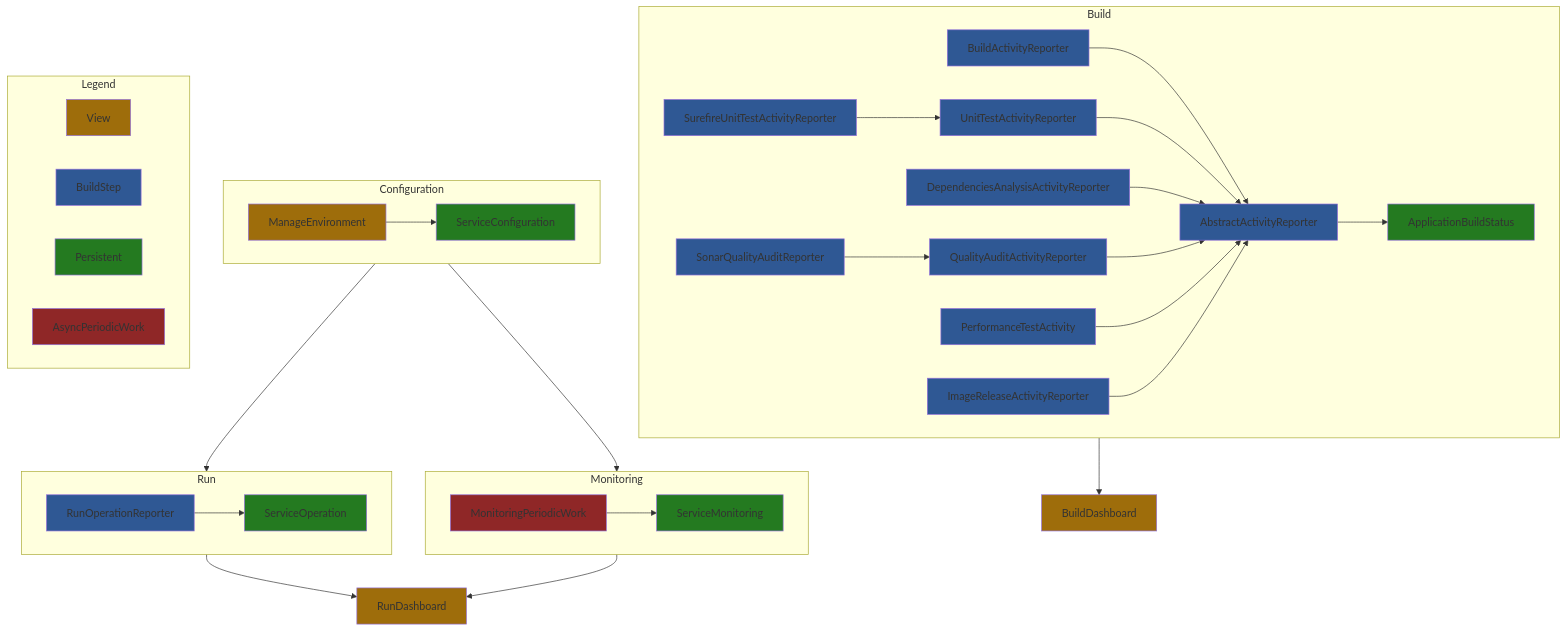
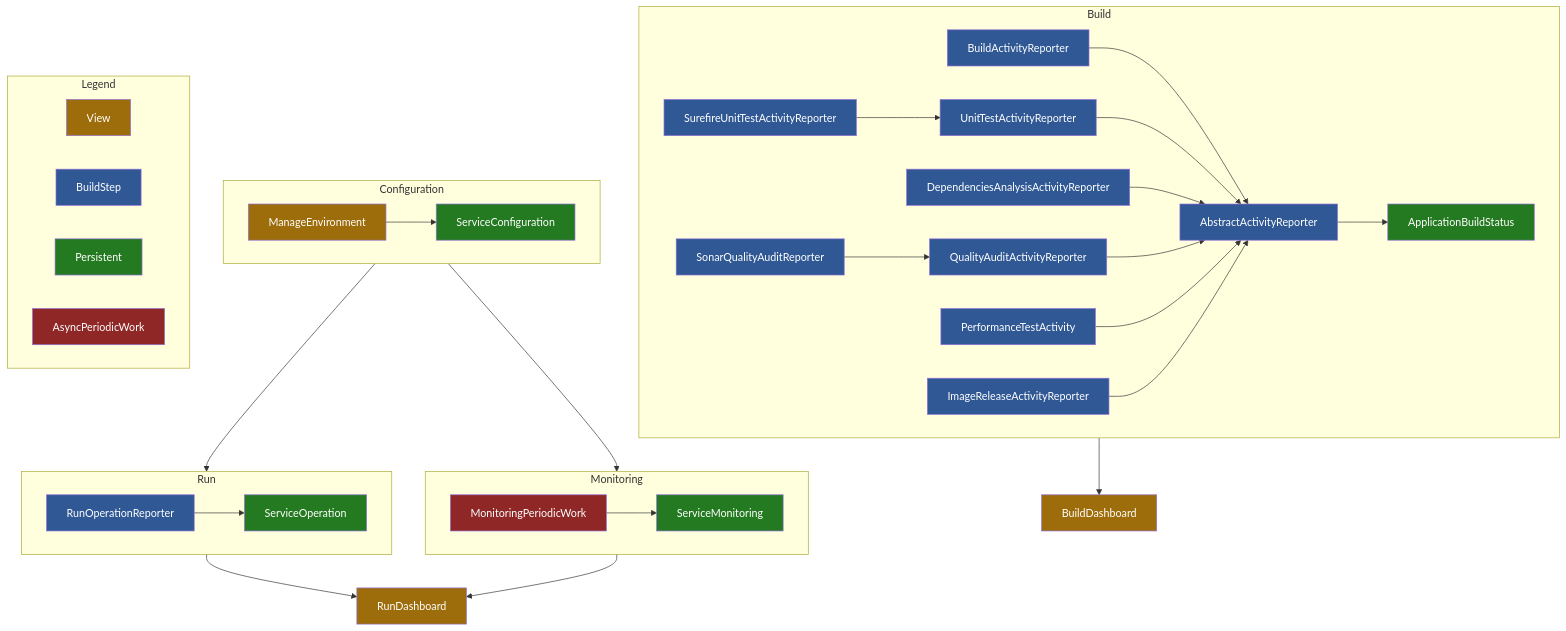
The diagram in README.md (jenkinsci/devops-portal-plugin), drawn with Mermaid before and after one commit. The commit also changed other lines of this file, not shown here.

````diff
--- a/README.md
+++ b/README.md
@@ -376,44 +377,44 @@
 ```mermaid
 flowchart TB
     subgraph Configuration
     ManageEnvironment:::view --> ServiceConfiguration:::entity
     end
     
     subgraph Run
     RunOperationReporter:::reporter --> ServiceOperation:::entity
     end
     
     subgraph Monitoring
     MonitoringPeriodicWork:::worker --> ServiceMonitoring:::entity
     end
     
     subgraph Build
     BuildActivityReporter:::reporter --> AbstractActivityReporter:::reporter
     UnitTestActivityReporter:::reporter --> AbstractActivityReporter:::reporter
     SurefireUnitTestActivityReporter:::reporter --> UnitTestActivityReporter:::reporter
     DependenciesAnalysisActivityReporter:::reporter --> AbstractActivityReporter:::reporter
     QualityAuditActivityReporter:::reporter --> AbstractActivityReporter:::reporter
     SonarQualityAuditReporter:::reporter --> QualityAuditActivityReporter:::reporter
     PerformanceTestActivity:::reporter --> AbstractActivityReporter:::reporter
     ImageReleaseActivityReporter:::reporter --> AbstractActivityReporter:::reporter
     AbstractActivityReporter:::reporter --> ApplicationBuildStatus:::entity
     end
     
     subgraph Legend
     View:::view
     BuildStep:::reporter
     Persistent:::entity
     AsyncPeriodicWork:::worker
     end
     
     Configuration --> Run
     Configuration --> Monitoring
     Run --> RunDashboard:::view
     Monitoring --> RunDashboard:::view
     Build --> BuildDashboard:::view
     
-    classDef view fill:#9e6d0b
-    classDef reporter fill:#2f5894
-    classDef entity fill:#247a20
-    classDef worker fill:#8f2727
+    classDef view fill:#9e6d0b,color:#fff
+    classDef reporter fill:#2f5894,color:#fff
+    classDef entity fill:#247a20,color:#fff
+    classDef worker fill:#8f2727,color:#fff
 ```
````
